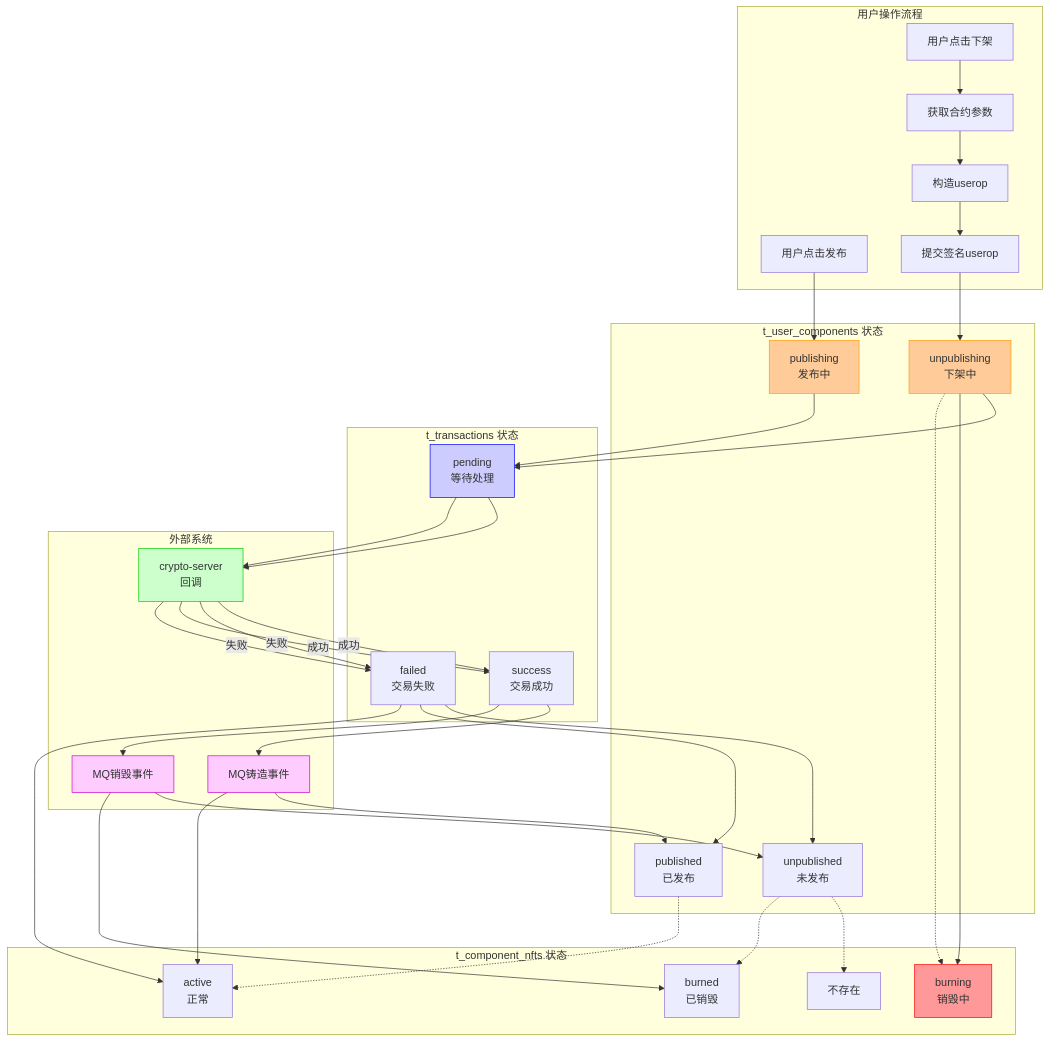
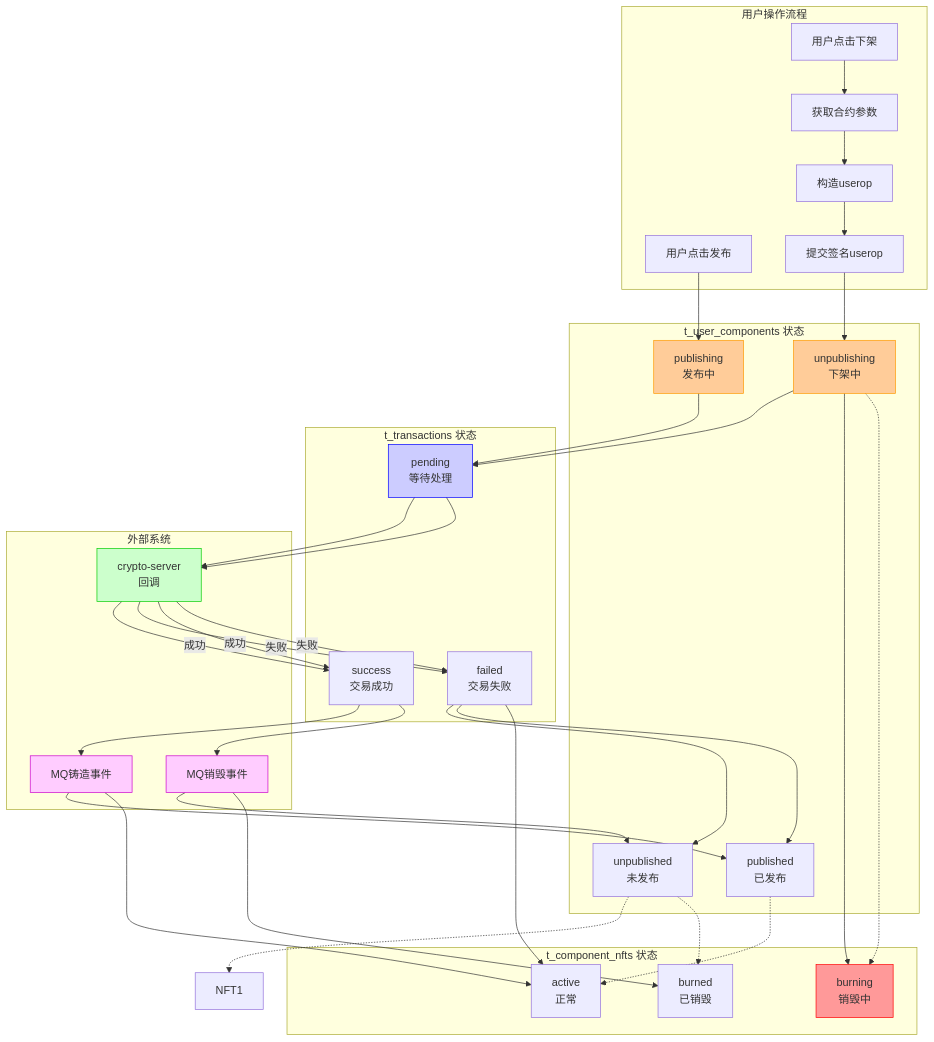
The diagram in all/未命名-77.md (yingjianzh/iodraw-files), drawn with Mermaid before and after one commit.

Commit message:
2025-07-08 11:33:45 update

````diff
--- a/all/未命名-77.md
+++ b/all/未命名-77.md
@@ -1,78 +1,78 @@
 ```mermaid
 graph TB
     subgraph "用户操作流程"
         U1[用户点击发布]
         U2[用户点击下架]
         U3[获取合约参数]
         U4[构造userop]
         U5[提交签名userop]
     end
     
     subgraph "t_user_components 状态"
         UC1[unpublished<br/>未发布]
         UC2[publishing<br/>发布中]
         UC3[published<br/>已发布]
         UC4[unpublishing<br/>下架中]
     end
     
     subgraph "t_component_nfts 状态"
-        NFT1[不存在]
+        
         NFT2[active<br/>正常]
         NFT3[burning<br/>销毁中]
         NFT4[burned<br/>已销毁]
     end
     
     subgraph "t_transactions 状态"
         TX1[pending<br/>等待处理]
         TX2[success<br/>交易成功]
         TX3[failed<br/>交易失败]
     end
     
     subgraph "外部系统"
         CS[crypto-server<br/>回调]
         MQ1[MQ铸造事件]
         MQ2[MQ销毁事件]
     end
     
     %% 发布流程
     U1 --> UC2
     UC2 --> TX1
     TX1 --> CS
     CS --> |成功| TX2
     CS --> |失败| TX3
     TX2 --> MQ1
     MQ1 --> UC3
     MQ1 --> NFT2
     TX3 --> UC1
     
     %% 下架流程
     U2 --> U3
     U3 --> U4
     U4 --> U5
     U5 --> UC4
     UC4 --> TX1
     UC4 --> NFT3
     TX1 --> CS
     CS --> |成功| TX2
     CS --> |失败| TX3
     TX2 --> MQ2
     MQ2 --> UC1
     MQ2 --> NFT4
     TX3 --> UC3
     TX3 --> NFT2
     
     %% 状态对应关系
     UC1 -.-> NFT1
     UC3 -.-> NFT2
     UC4 -.-> NFT3
     UC1 -.-> NFT4
     
     %% 样式
     style UC2 fill:#ffcc99,stroke:#ff9900
     style UC4 fill:#ffcc99,stroke:#ff9900
     style NFT3 fill:#ff9999,stroke:#ff0000
     style TX1 fill:#ccccff,stroke:#0000ff
     style CS fill:#ccffcc,stroke:#00cc00
     style MQ1 fill:#ffccff,stroke:#cc00cc
     style MQ2 fill:#ffccff,stroke:#cc00cc
 ```
````
